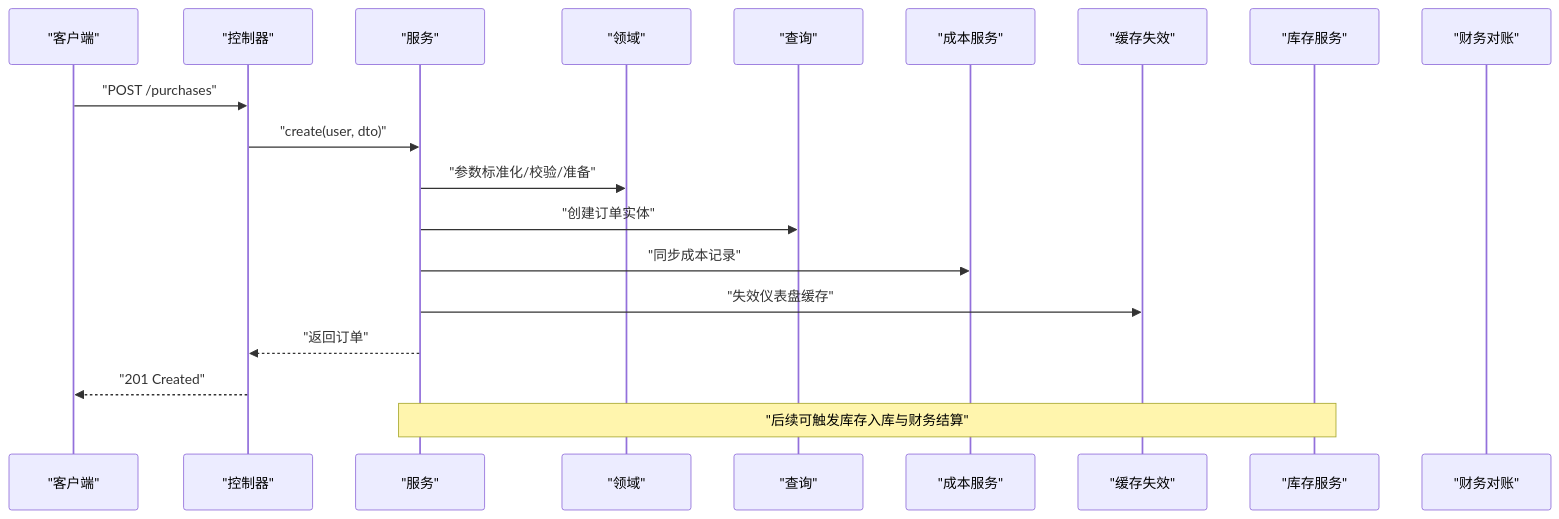
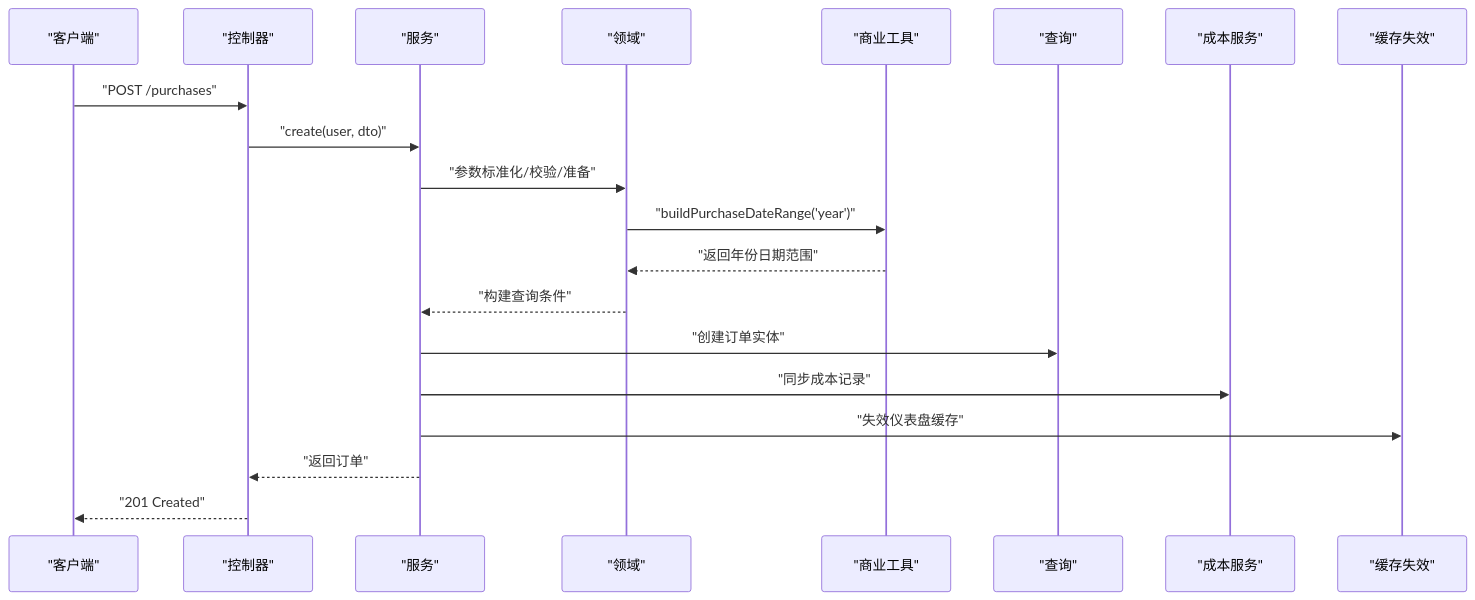
Before and after one commit to rc558620/purelyprofit-server: the second of 7 diagrams in .qoder/repowiki/zh/content/业务模块/运营管理模块/采购管理.md, drawn with Mermaid. The commit also changed other lines of this file and 25 other files, not shown here.

````diff
--- a/.qoder/repowiki/zh/content/业务模块/运营管理模块/采购管理.md
+++ b/.qoder/repowiki/zh/content/业务模块/运营管理模块/采购管理.md
@@ -123,21 +127,22 @@
 ```mermaid
 sequenceDiagram
 participant Client as "客户端"
 participant Ctrl as "控制器"
 participant Svc as "服务"
 participant Domain as "领域"
+participant Utils as "商业工具"
 participant Query as "查询"
 participant Cost as "成本服务"
 participant Cache as "缓存失效"
-participant Inv as "库存服务"
-participant Fin as "财务对账"
 Client->>Ctrl : "POST /purchases"
 Ctrl->>Svc : "create(user, dto)"
 Svc->>Domain : "参数标准化/校验/准备"
+Domain->>Utils : "buildPurchaseDateRange('year')"
+Utils-->>Domain : "返回年份日期范围"
+Domain-->>Svc : "构建查询条件"
 Svc->>Query : "创建订单实体"
 Svc->>Cost : "同步成本记录"
 Svc->>Cache : "失效仪表盘缓存"
 Svc-->>Ctrl : "返回订单"
 Ctrl-->>Client : "201 Created"
-Note over Svc,Inv : "后续可触发库存入库与财务结算"
 ```
````
